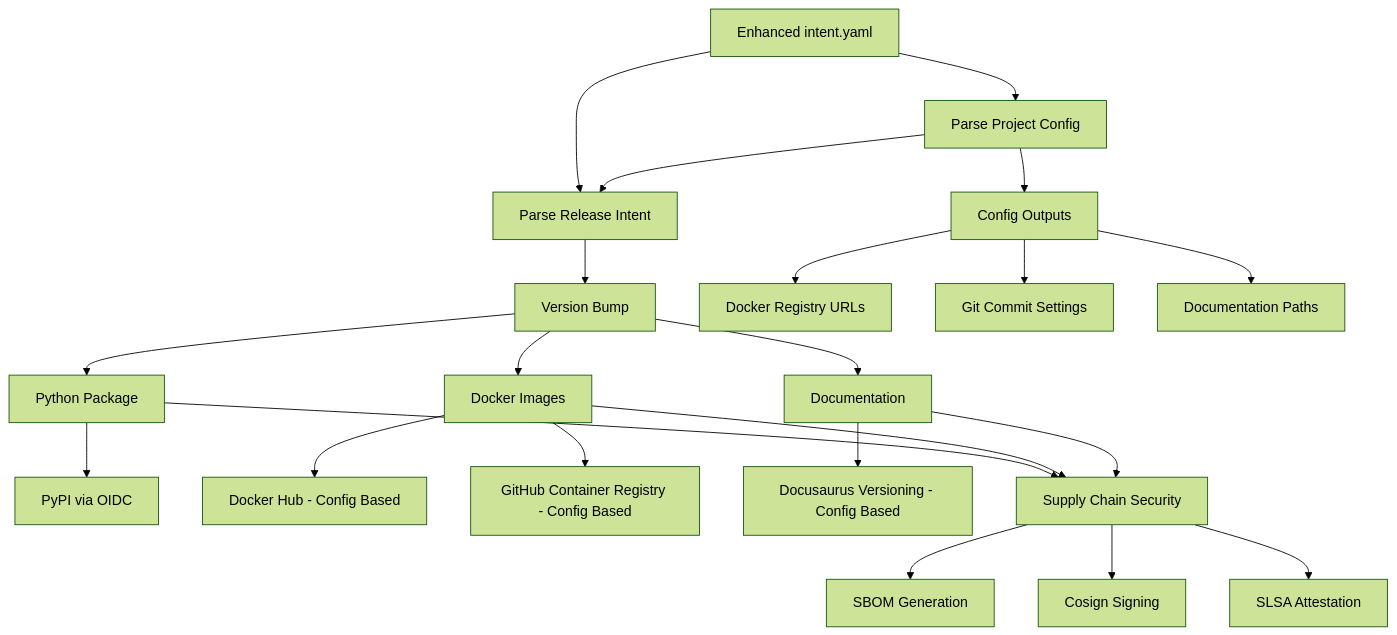
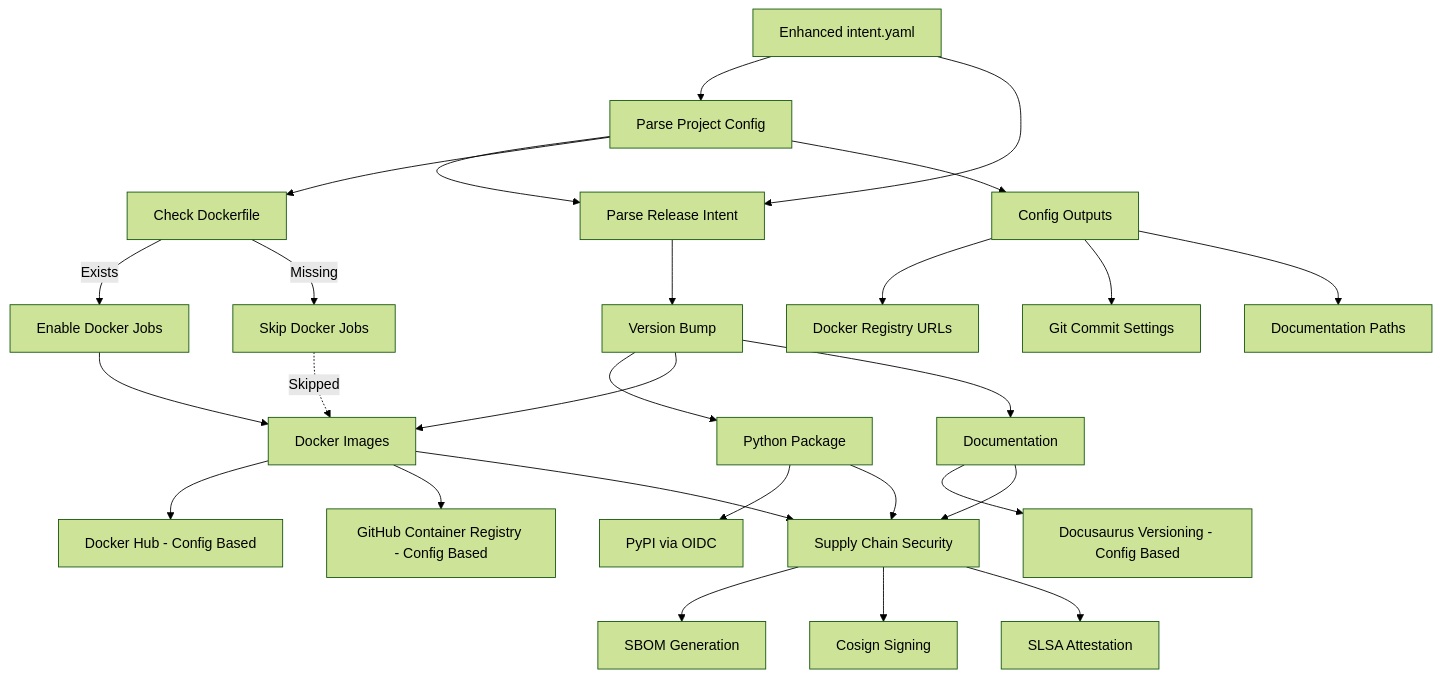
Before and after one commit to Chisanan232/Template-Python-UV-Project: the first of 8 diagrams in docs_with_docusarus/contents/development/ci-cd/release-system.mdx, drawn with Mermaid (forest theme). The commit also changed other lines of this file and 1 other file, not shown here.

Commit message:
✏️ Update the release relative content in the documentation for the Dockerfile checking changes.

````diff
--- a/docs_with_docusarus/contents/development/ci-cd/release-system.mdx
+++ b/docs_with_docusarus/contents/development/ci-cd/release-system.mdx
@@ -43,26 +43,32 @@
 ```mermaid
 graph TD
     A[Enhanced intent.yaml] --> B[Parse Project Config]
     A --> C[Parse Release Intent]
     B --> C
+    
+    B --> B1[Check Dockerfile]
+    B1 -->|Exists| B2[Enable Docker Jobs]
+    B1 -->|Missing| B3[Skip Docker Jobs]
     
     C --> D[Version Bump]
     B --> E[Config Outputs]
     E --> F[Docker Registry URLs]
     E --> G[Git Commit Settings]  
     E --> H[Documentation Paths]
     
     D --> I[Python Package]
     D --> J[Docker Images]
     D --> K[Documentation]
     
     I --> L[PyPI via OIDC]
+    B2 --> J
     J --> M[Docker Hub - Config Based]
     J --> N[GitHub Container Registry - Config Based]
+    B3 -.->|Skipped| J
     K --> O[Docusaurus Versioning - Config Based]
     
     I & J & K --> P[Supply Chain Security]
     P --> Q[SBOM Generation]
     P --> R[Cosign Signing]  
     P --> S[SLSA Attestation]
 ```
````
